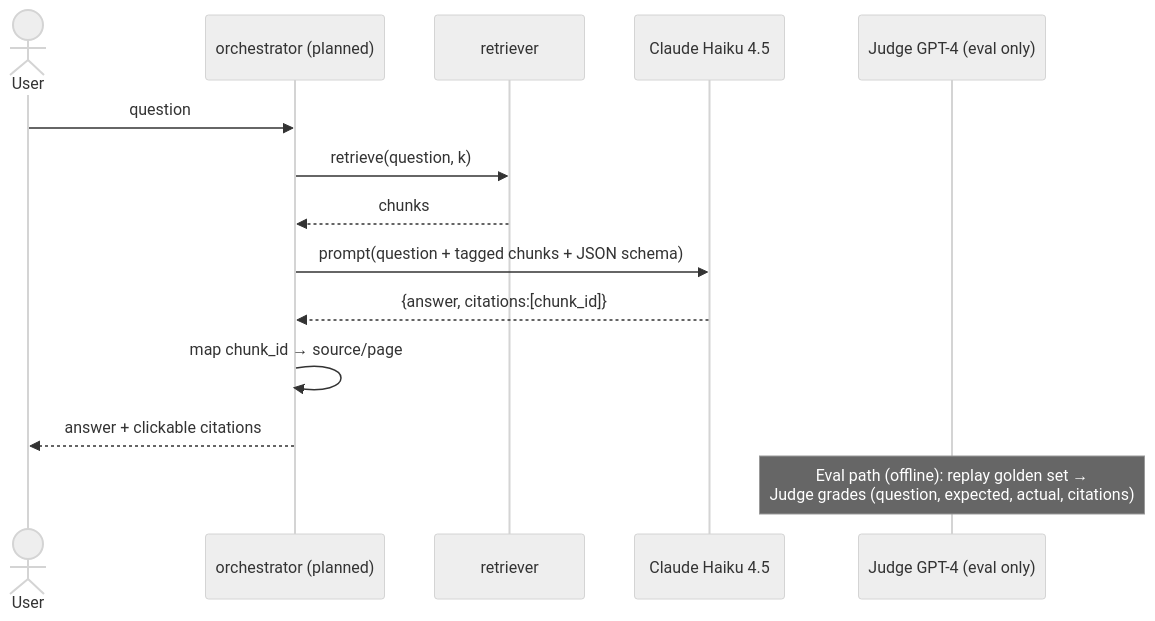
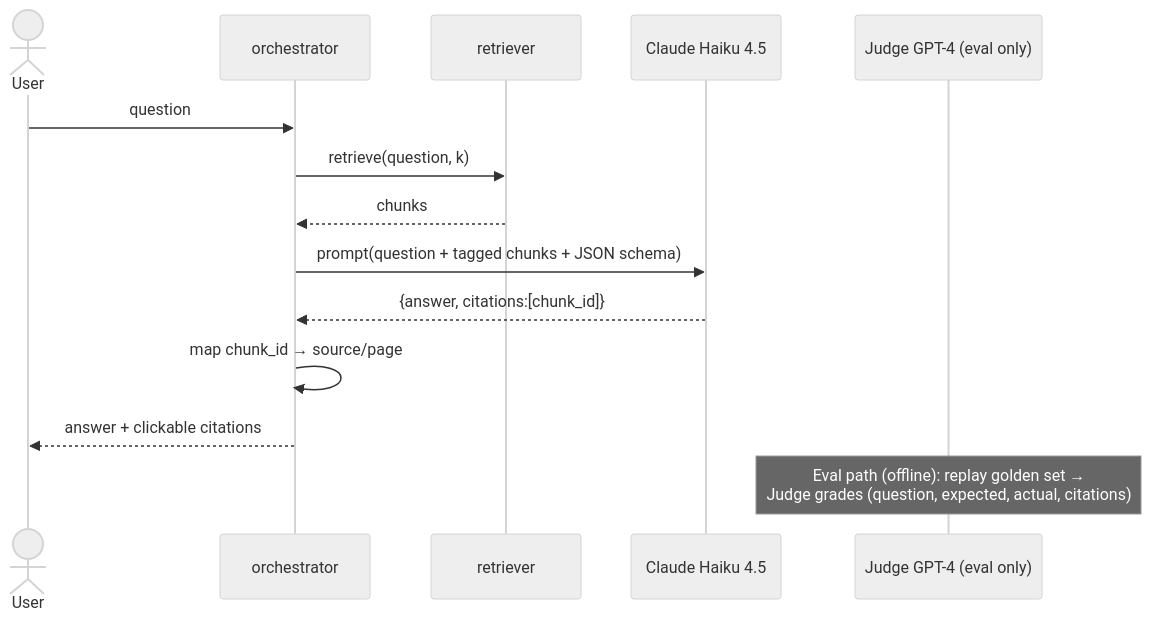
Before and after one commit to KucherenkoSerhiy/payments-rag: the fourth of 4 diagrams in docs/architecture.md, drawn with Mermaid (neutral theme). The commit also changed other lines of this file, not shown here.

First line of the commit message:
M7: refresh architecture.md to current three-tier reality

````diff
--- a/docs/architecture.md
+++ b/docs/architecture.md
@@ -101,18 +124,18 @@
 ```mermaid
 sequenceDiagram
     actor User
-    participant OR as orchestrator (planned)
+    participant OR as orchestrator
     participant RT as retriever
     participant LLM as Claude Haiku 4.5
     participant J as Judge GPT-4 (eval only)
 
     User->>OR: question
     OR->>RT: retrieve(question, k)
     RT-->>OR: chunks
     OR->>LLM: prompt(question + tagged chunks + JSON schema)
     LLM-->>OR: {answer, citations:[chunk_id]}
     OR->>OR: map chunk_id → source/page
     OR-->>User: answer + clickable citations
 
     Note over J: Eval path (offline): replay golden set →<br/>Judge grades (question, expected, actual, citations)
 ```
````
